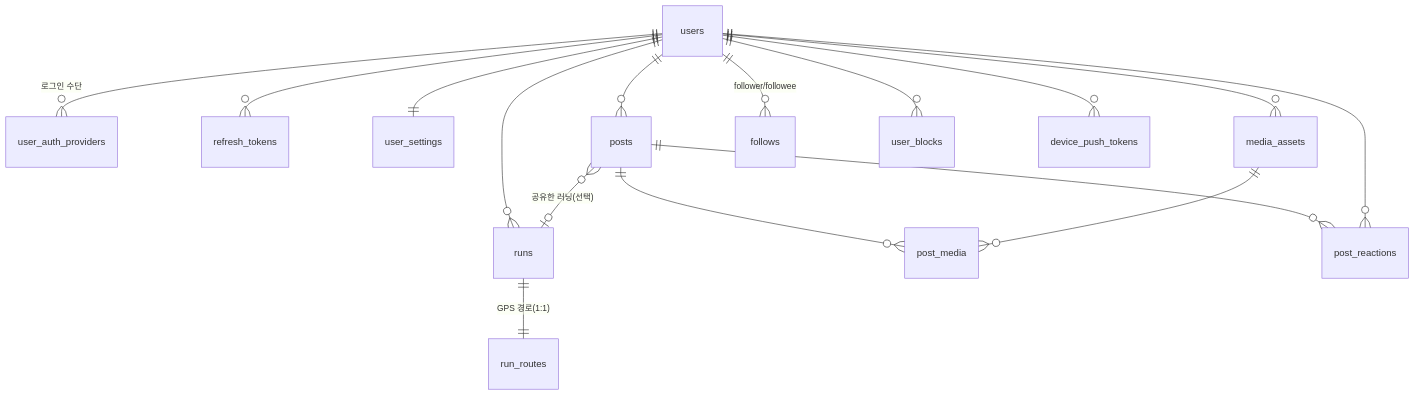
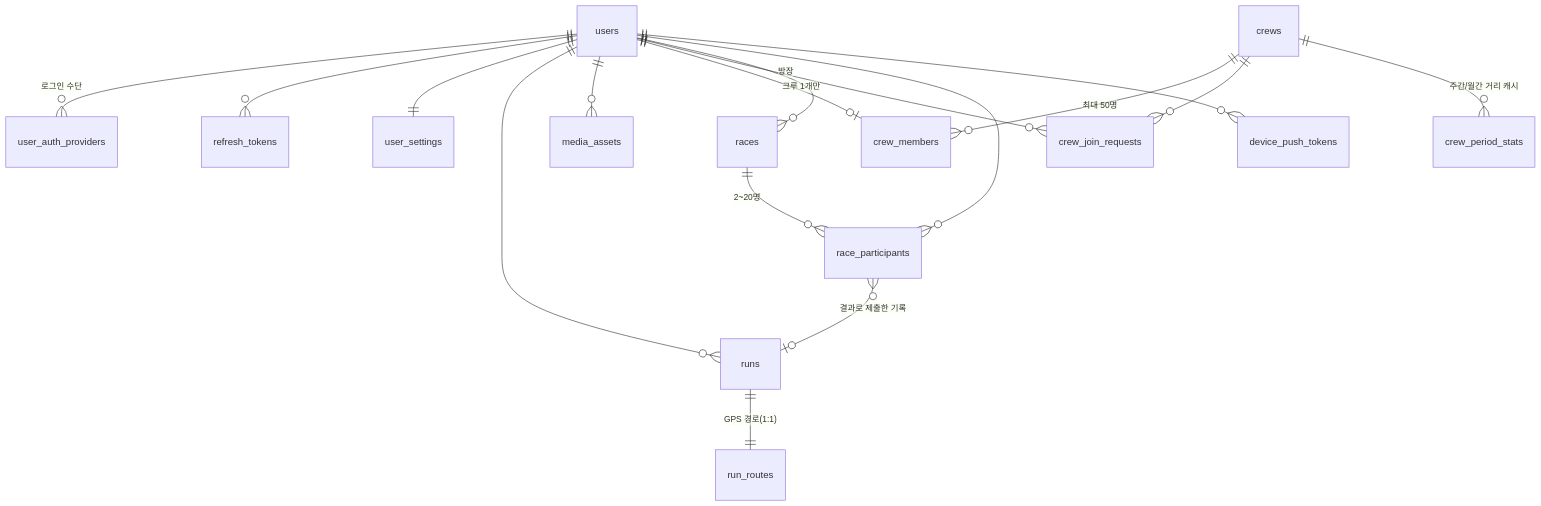
Before and after one commit to hosung98/pace-front-app: the diagram in docs/API_REQUIREMENTS.md, drawn with Mermaid. The commit also changed other lines of this file and 27 other files, not shown here.

First line of the commit message:
feat: replace social tab with crew & race (mock) + API spec

````diff
--- a/docs/API_REQUIREMENTS.md
+++ b/docs/API_REQUIREMENTS.md
@@ -73,18 +74,19 @@
 ```mermaid
 erDiagram
   users ||--o{ user_auth_providers : "로그인 수단"
   users ||--o{ refresh_tokens : ""
   users ||--|| user_settings : ""
   users ||--o{ runs : ""
   runs ||--|| run_routes : "GPS 경로(1:1)"
-  users ||--o{ posts : ""
-  posts }o--o| runs : "공유한 러닝(선택)"
-  posts ||--o{ post_media : ""
-  media_assets ||--o{ post_media : ""
   users ||--o{ media_assets : ""
-  posts ||--o{ post_reactions : ""
-  users ||--o{ post_reactions : ""
-  users ||--o{ follows : "follower/followee"
-  users ||--o{ user_blocks : ""
+  crews ||--o{ crew_members : "최대 50명"
+  users ||--o| crew_members : "크루 1개만"
+  crews ||--o{ crew_join_requests : ""
+  users ||--o{ crew_join_requests : ""
+  crews ||--o{ crew_period_stats : "주간/월간 거리 캐시"
+  users ||--o{ races : "방장"
+  races ||--o{ race_participants : "2~20명"
+  users ||--o{ race_participants : ""
+  race_participants }o--o| runs : "결과로 제출한 기록"
   users ||--o{ device_push_tokens : ""
 ```
````
